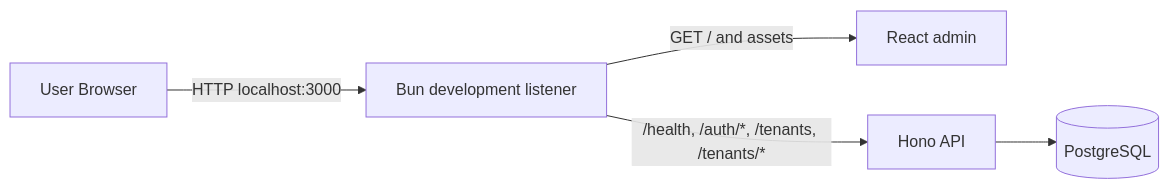
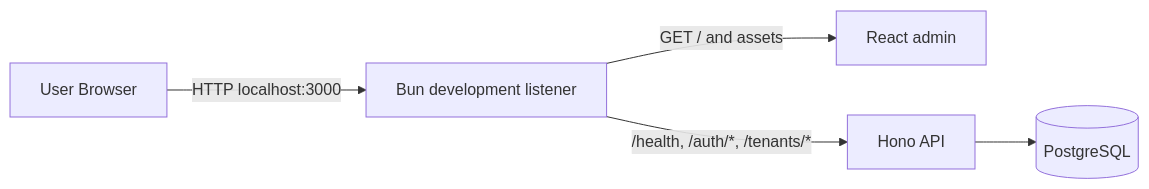
Before and after one commit to progentic/behr: the first of 4 diagrams in docs/ARCHITECTURE.md, drawn with Mermaid. The commit also changed other lines of this file and 26 other files, not shown here.

````diff
--- a/docs/ARCHITECTURE.md
+++ b/docs/ARCHITECTURE.md
@@ -42,10 +42,10 @@
 ```mermaid
 flowchart LR
 
     Browser[User Browser]
 
     Browser -->|HTTP localhost:3000| Dev[Bun development listener]
     Dev -->|GET / and assets| AdminApp[React admin]
-    Dev -->|/health, /auth/*, /tenants, /tenants/*| API[Hono API]
+    Dev -->|/health, /auth/*, /tenants/*| API[Hono API]
     API --> Postgres[(PostgreSQL)]
 ```
````
